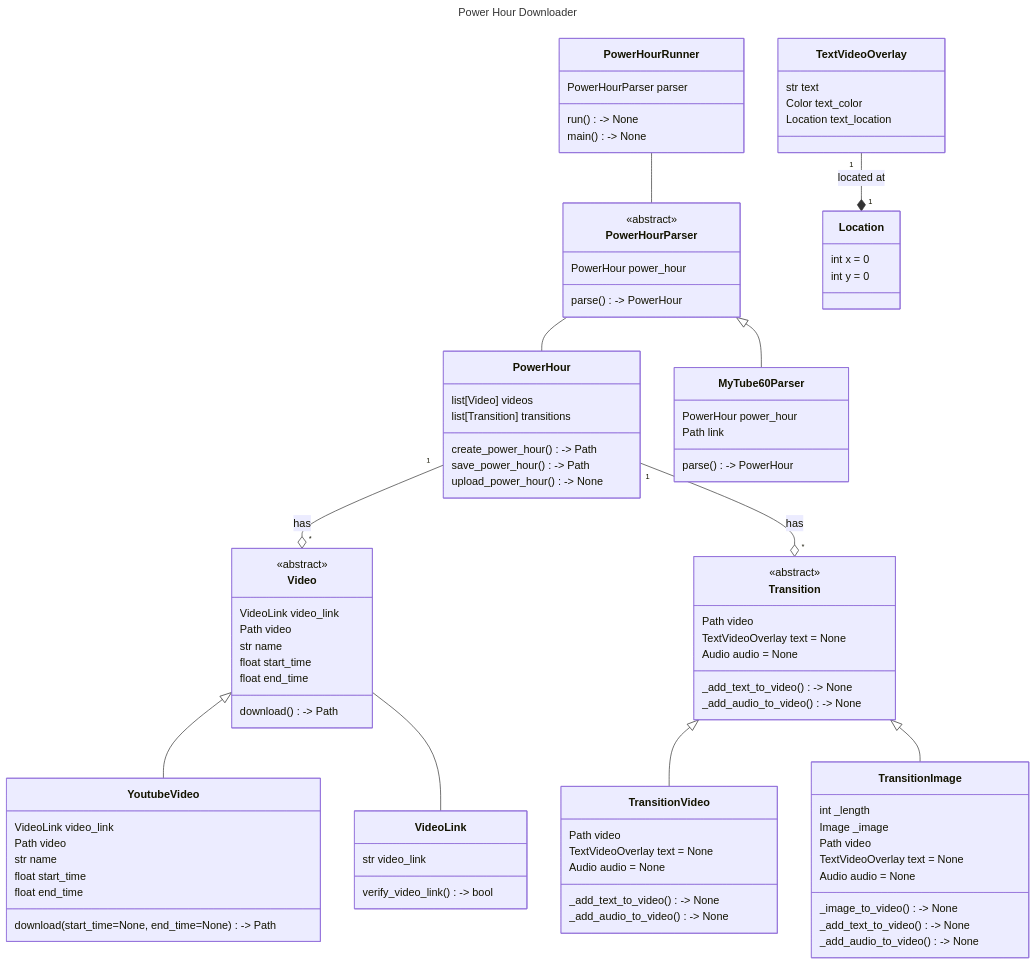
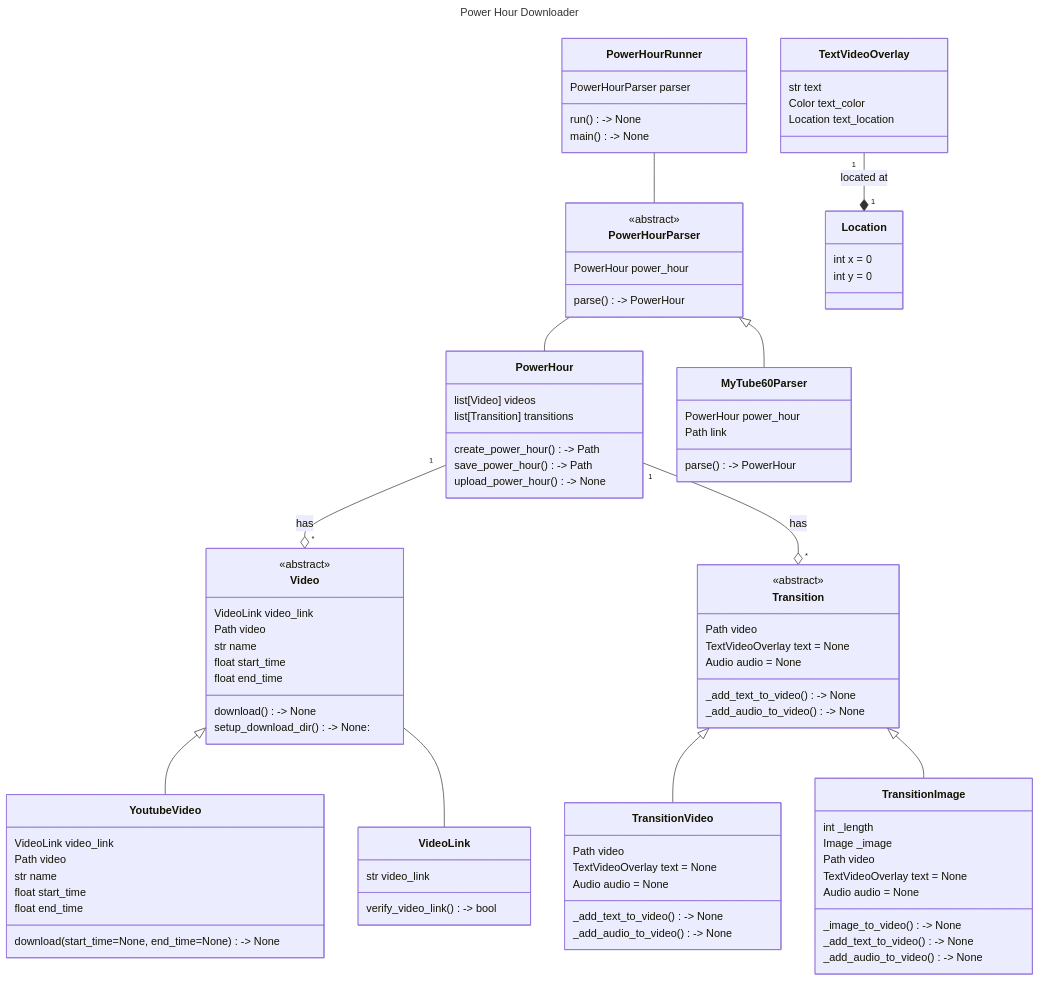
Before and after one commit to tjander3/PowerHourDownloader: the diagram in class-diagram.md, drawn with Mermaid.

Commit message:
updating class diagram

```diff
--- a/class-diagram.md
+++ b/class-diagram.md
@@ -95,7 +95,8 @@
         float start_time
         float end_time
 
-        download() -> Path
+        download() -> None
+        setup_download_dir() -> None:
     }
 
     Video <|-- YoutubeVideo
@@ -106,7 +107,7 @@
         float start_time
         float end_time
 
-        download(start_time=None, end_time=None) -> Path
+        download(start_time=None, end_time=None) -> None
     }
 
     Video -- VideoLink
```
